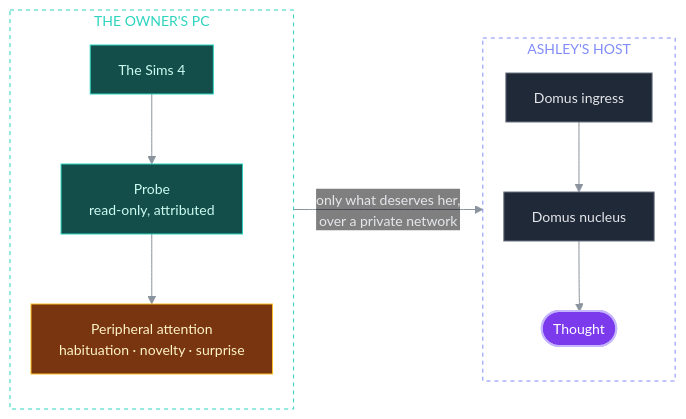
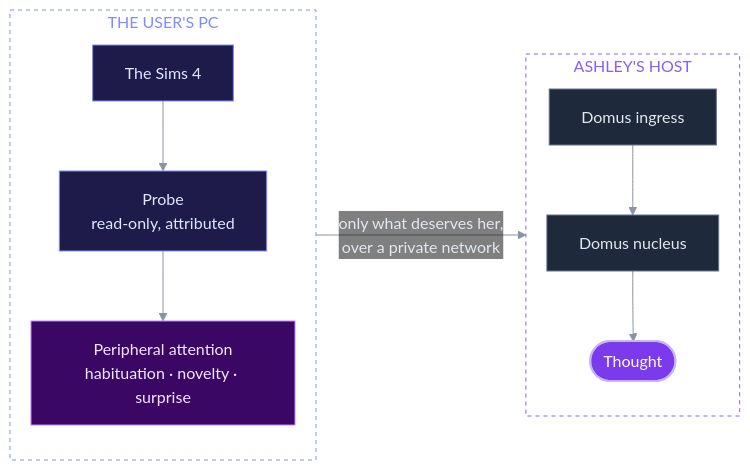
The sixth of 6 diagrams in README.md (XharvaK/Ashley), drawn with Mermaid before and after one commit. The commit also changed other lines of this file, not shown here.

Commit message:
README: one palette for the diagrams, GitHub's own font (no clipped labels), User instead of Owner

````diff
--- a/README.md
+++ b/README.md
@@ -240,27 +225,24 @@
 ```mermaid
-%%{init: {"theme": "base", "themeVariables": {"fontFamily": "ui-sans-serif, -apple-system, Segoe UI, Helvetica, Arial, sans-serif", "fontSize": "14px", "lineColor": "#8b949e", "textColor": "#8b949e", "edgeLabelBackground": "transparent", "clusterBkg": "transparent", "clusterBorder": "#8b949e", "primaryColor": "#1f2937", "primaryBorderColor": "#6b7280", "primaryTextColor": "#e5e7eb"}, "themeCSS": ".labelBkg, .edgeLabel { background-color: transparent !important; } .cluster-label span, .cluster-label p { letter-spacing: 0.08em; font-size: 12px; }", "flowchart": {"wrappingWidth": 320, "curve": "basis", "nodeSpacing": 22, "rankSpacing": 45, "padding": 14}}}%%
+%%{init: {"theme": "base", "themeVariables": {"lineColor": "#8b949e", "textColor": "#8b949e", "edgeLabelBackground": "transparent", "clusterBkg": "transparent", "clusterBorder": "#8b949e", "primaryColor": "#1e293b", "primaryBorderColor": "#64748b", "primaryTextColor": "#e2e8f0"}, "themeCSS": ".labelBkg, .edgeLabel { background-color: transparent !important; }", "flowchart": {"curve": "basis", "nodeSpacing": 22, "rankSpacing": 45, "padding": 16}}}%%
 flowchart LR
-    subgraph PC["THE OWNER'S PC"]
+    subgraph PC["THE USER'S PC"]
         direction TB
         G["The Sims 4"] --> P["Probe<br/>read-only, attributed"] --> H["Peripheral attention<br/>habituation · novelty · surprise"]
     end
     subgraph HOST["ASHLEY'S HOST"]
         direction TB
         IN["Domus ingress"] --> NU["Domus nucleus"] --> T(["Thought"])
     end
     PC -->|"only what deserves her,<br/>over a private network"| HOST
 
-    classDef thought fill:#7c3aed,stroke:#c4b5fd,stroke-width:2px,color:#ffffff
-    classDef self fill:#312e81,stroke:#818cf8,color:#e0e7ff
-    classDef past fill:#134e4a,stroke:#2dd4bf,color:#ccfbf1
-    classDef attn fill:#78350f,stroke:#fbbf24,color:#fef3c7
-    classDef owner fill:#9d174d,stroke:#f9a8d4,stroke-width:2px,color:#fdf2f8
-    classDef mech fill:#1f2937,stroke:#6b7280,color:#e5e7eb
-    classDef gone fill:#1f2937,stroke:#6b7280,stroke-dasharray:4 4,color:#9ca3af
-    class T thought
+    classDef core fill:#7c3aed,stroke:#c4b5fd,color:#ffffff,stroke-width:2px
+    classDef past fill:#1e1b4b,stroke:#818cf8,color:#e0e7ff
+    classDef attn fill:#3b0764,stroke:#c084fc,color:#f3e8ff
+    classDef mech fill:#1e293b,stroke:#64748b,color:#e2e8f0
+    class T core
     class G,P past
     class H attn
     class IN,NU mech
-    style PC fill:transparent,stroke:#2dd4bf,stroke-dasharray:4 4,color:#2dd4bf
-    style HOST fill:transparent,stroke:#818cf8,stroke-dasharray:4 4,color:#818cf8
+    style PC fill:transparent,stroke:#818cf8,stroke-dasharray:4 4,color:#818cf8
+    style HOST fill:transparent,stroke:#8b5cf6,stroke-dasharray:4 4,color:#8b5cf6
 ```
````
